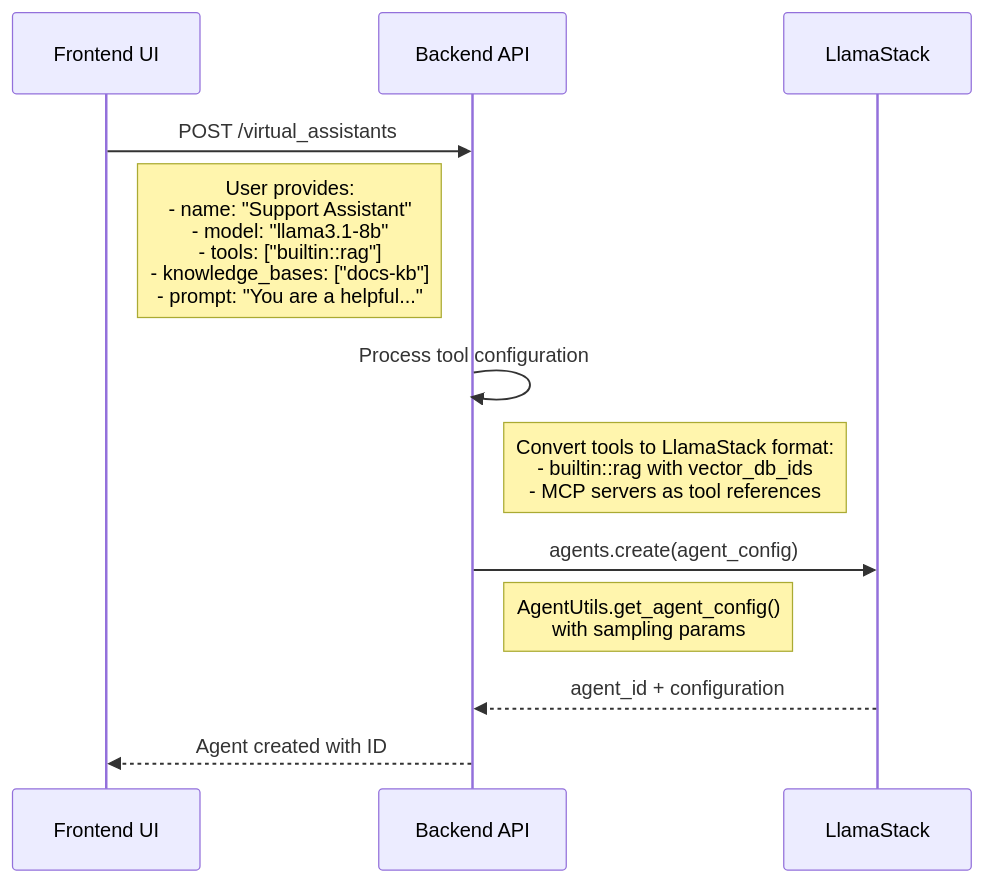
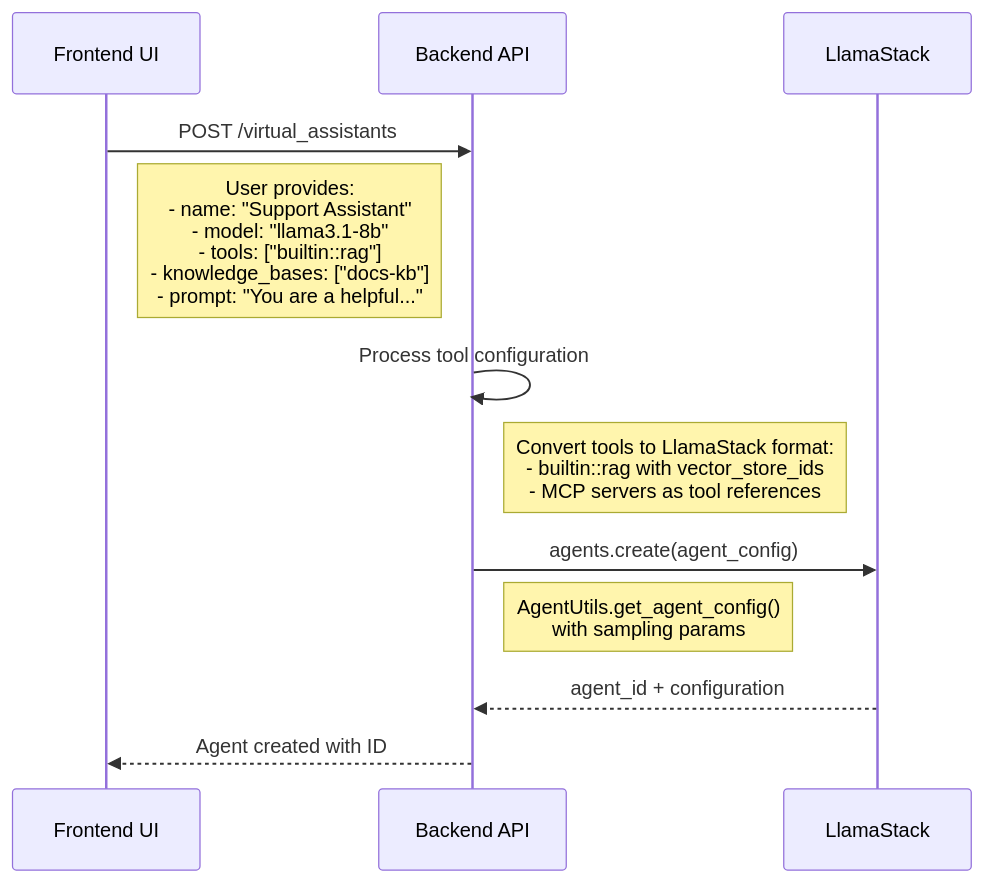
The second of 5 diagrams in docs/virtual-agents-architecture.md (yuvalturg/ai-virtual-agent), drawn with Mermaid before and after one commit. The commit also changed other lines of this file and 66 other files, not shown here.

````diff
--- a/docs/virtual-agents-architecture.md
+++ b/docs/virtual-agents-architecture.md
@@ -90,17 +90,17 @@
 ```mermaid
 sequenceDiagram
     participant UI as Frontend UI
     participant API as Backend API
     participant LS as LlamaStack
 
     UI->>API: POST /virtual_assistants
     Note right of UI: User provides:<br/>- name: "Support Assistant"<br/>- model: "llama3.1-8b"<br/>- tools: ["builtin::rag"]<br/>- knowledge_bases: ["docs-kb"]<br/>- prompt: "You are a helpful..."
 
     API->>API: Process tool configuration
-    Note right of API: Convert tools to LlamaStack format:<br/>- builtin::rag with vector_db_ids<br/>- MCP servers as tool references
+    Note right of API: Convert tools to LlamaStack format:<br/>- builtin::rag with vector_store_ids<br/>- MCP servers as tool references
 
     API->>LS: agents.create(agent_config)
     Note right of API: AgentUtils.get_agent_config()<br/>with sampling params
     LS-->>API: agent_id + configuration
     API-->>UI: Agent created with ID
 ```
````
